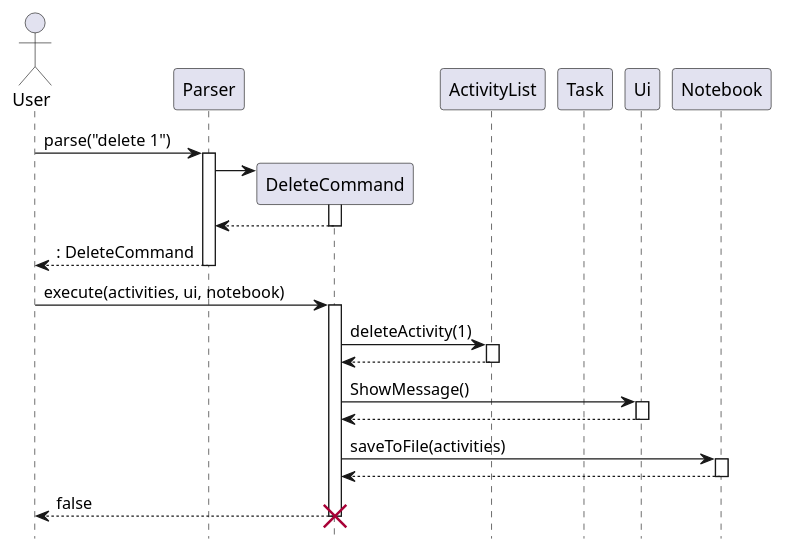
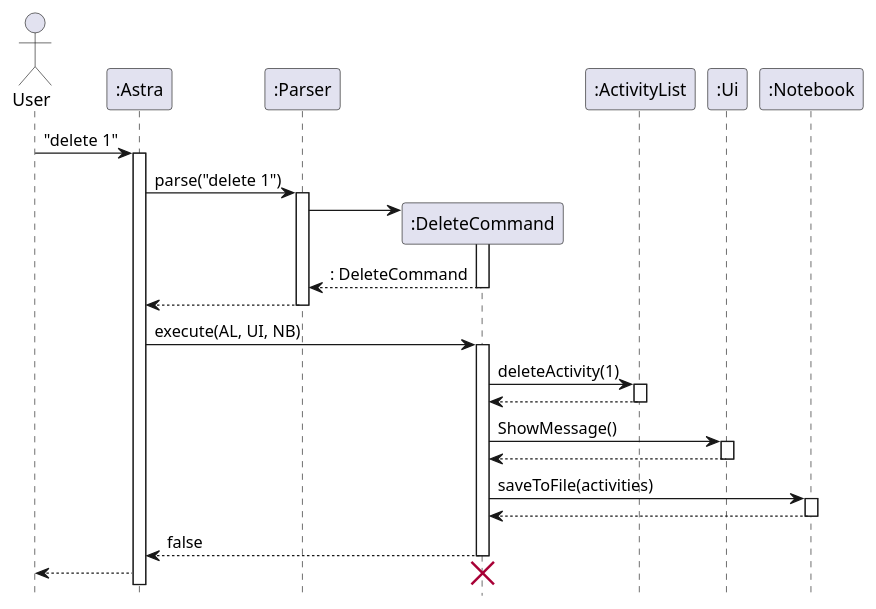
One commit to Kennahh/tp changed the diagram in docs/diagrams/DeleteCommand.puml. Above: the diagram before and after it, drawn with PlantUML. The commit also changed 1 other file, not shown here.

Commit message:
Update DeleteCommand sequenc diagram

```diff
--- a/docs/diagrams/DeleteCommand.puml
+++ b/docs/diagrams/DeleteCommand.puml
@@ -1,38 +1,42 @@
 @startuml
 'https://plantuml.com/sequence-diagram
 
 hide footbox
 actor User
-participant Parser
-participant DeleteCommand
-participant ActivityList
-participant Task
-participant Ui
-participant Notebook
+participant ":Astra" as Astra
+participant ":Parser" as Parser
+participant ":DeleteCommand" as DeleteCommand
+participant ":ActivityList" as ActivityList
+participant ":Ui" as Ui
+participant ":Notebook" as Notebook
 
-User -> Parser : parse("delete 1")
+User -> Astra : "delete 1"
+activate Astra
+Astra -> Parser : parse("delete 1")
 activate Parser
 create DeleteCommand
 Parser -> DeleteCommand
 activate DeleteCommand
+return : DeleteCommand
 return
-return : DeleteCommand
 deactivate Parser
 
-User -> DeleteCommand : execute(activities, ui, notebook)
+Astra -> DeleteCommand : execute(AL, UI, NB)
 activate DeleteCommand
 DeleteCommand -> ActivityList : deleteActivity(1)
 activate ActivityList
 return
 DeleteCommand -> Ui : ShowMessage()
 activate Ui
 return
 
 DeleteCommand->Notebook : saveToFile(activities)
 activate Notebook
 return
 return false
+Astra --> User
 deactivate DeleteCommand
 destroy DeleteCommand
 
+
 @enduml
```
